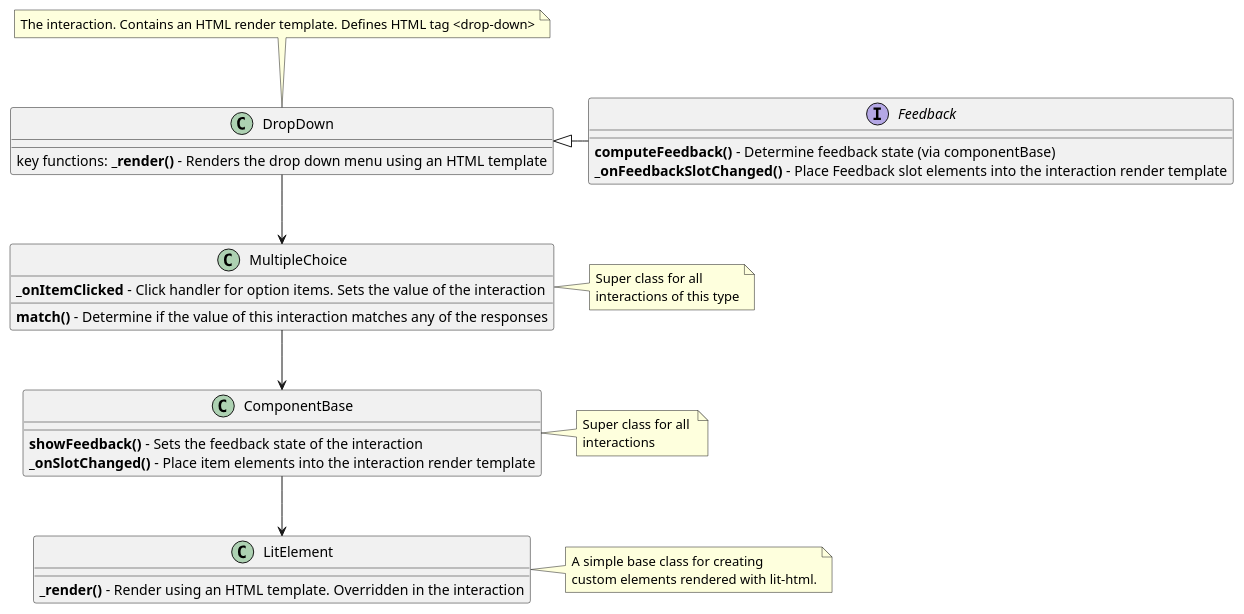
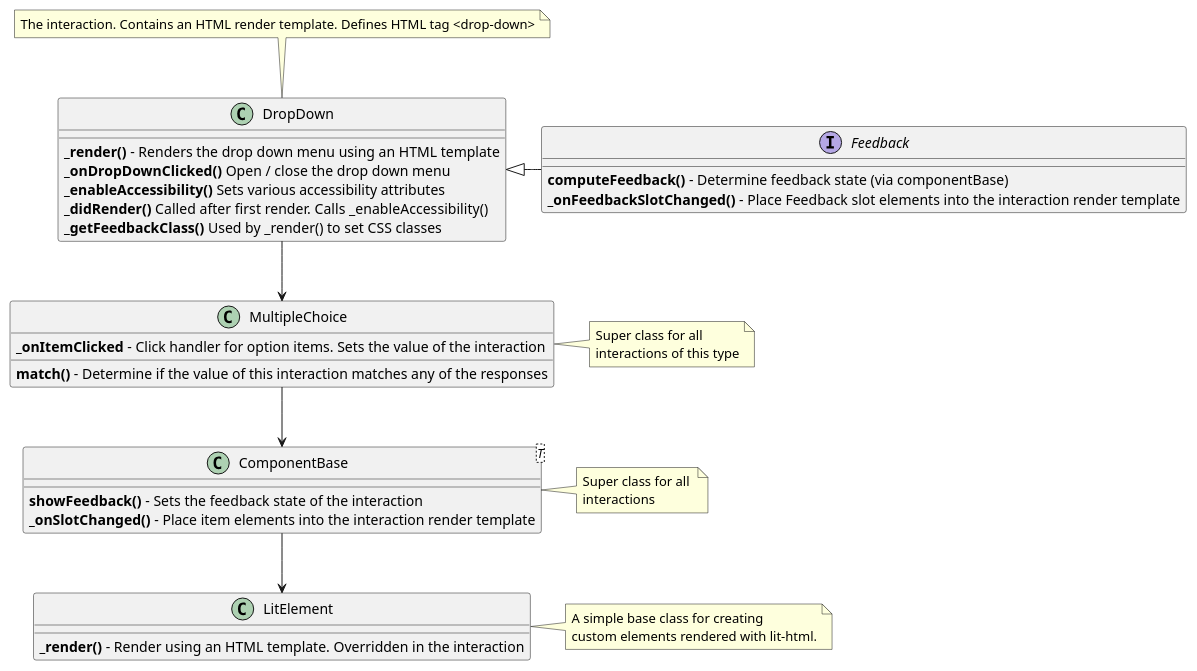
Before and after one commit to lulzzz/mtl-assessment-components: the diagram in packages/drop-down/uml.wsd, drawn with PlantUML.

Commit message:
additional info

```diff
--- a/packages/drop-down/uml.wsd
+++ b/packages/drop-down/uml.wsd
@@ -1,31 +1,40 @@
 @startuml drop-down
 
 interface Feedback
 
-Feedback : <b>computeFeedback()</b> - Determine feedback state (via componentBase)
-Feedback : <b>_onFeedbackSlotChanged()</b> - Place Feedback slot elements into the interaction render template
+interface Feedback {
+    <b>computeFeedback()</b> - Determine feedback state (via componentBase)
+    <b>_onFeedbackSlotChanged()</b> - Place Feedback slot elements into the interaction render template
+}
 
 DropDown <|- Feedback
 
 note top  of DropDown : The interaction. Contains an HTML render template. Defines HTML tag <drop-down>  
 
-DropDown : key functions: <b>_render()</b> - Renders the drop down menu using an HTML template
+DropDown : <b>_render()</b> - Renders the drop down menu using an HTML template
+DropDown : <b>_onDropDownClicked()</b> Open / close the drop down menu
+DropDown : <b>_enableAccessibility()</b> Sets various accessibility attributes
+DropDown : <b>_didRender()</b> Called after first render. Calls _enableAccessibility()
+DropDown : <b>_getFeedbackClass()</b> Used by _render() to set CSS classes
+
 
 DropDown --> MultipleChoice
 note right : Super class for all \ninteractions of this type 
 
 MultipleChoice : <b>_onItemClicked</b> - Click handler for option items. Sets the value of the interaction
 MultipleChoice : <b>match()</b> - Determine if the value of this interaction matches any of the responses
 
 MultipleChoice --> ComponentBase
+
+class ComponentBase<T>
 note right : Super class for all \ninteractions
 
 ComponentBase : <b>showFeedback()</b> - Sets the feedback state of the interaction
 ComponentBase : <b>_onSlotChanged()</b> - Place item elements into the interaction render template
 
 ComponentBase --> LitElement
 note right : A simple base class for creating\ncustom elements rendered with lit-html.
 
 LitElement : <b>_render()</b> - Render using an HTML template. Overridden in the interaction
 
 @enduml
```
